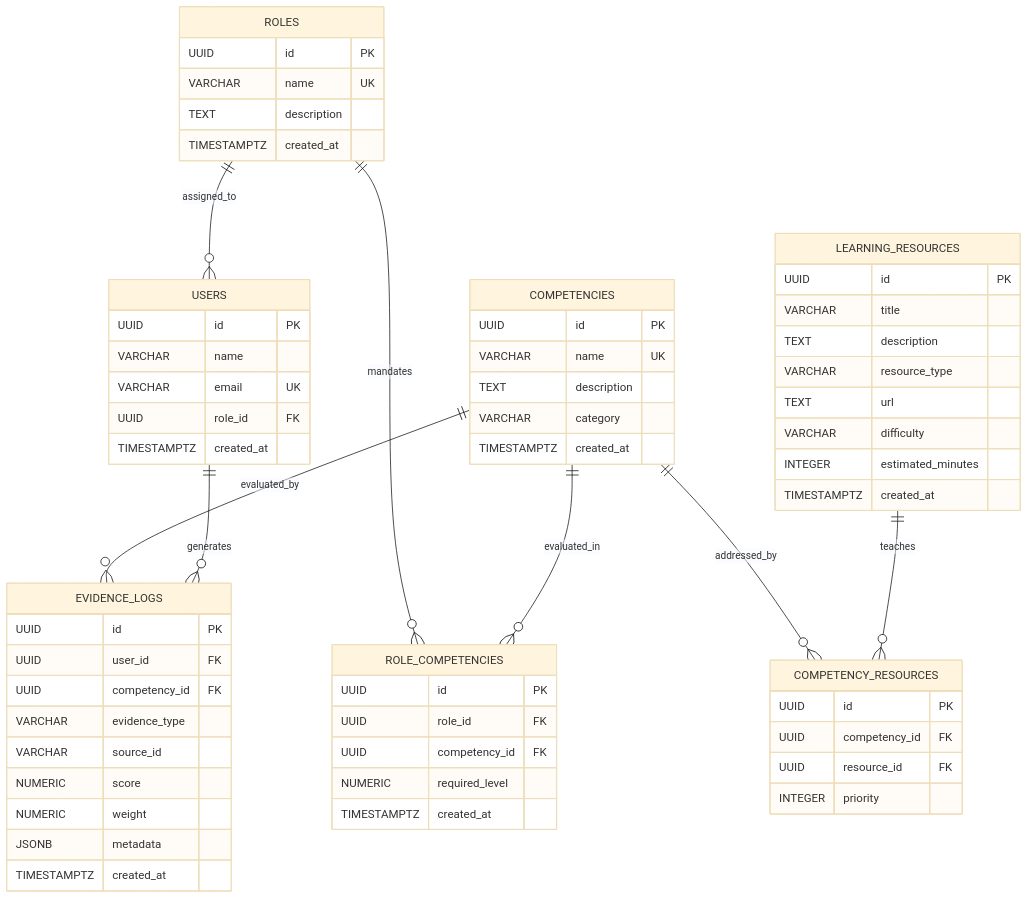
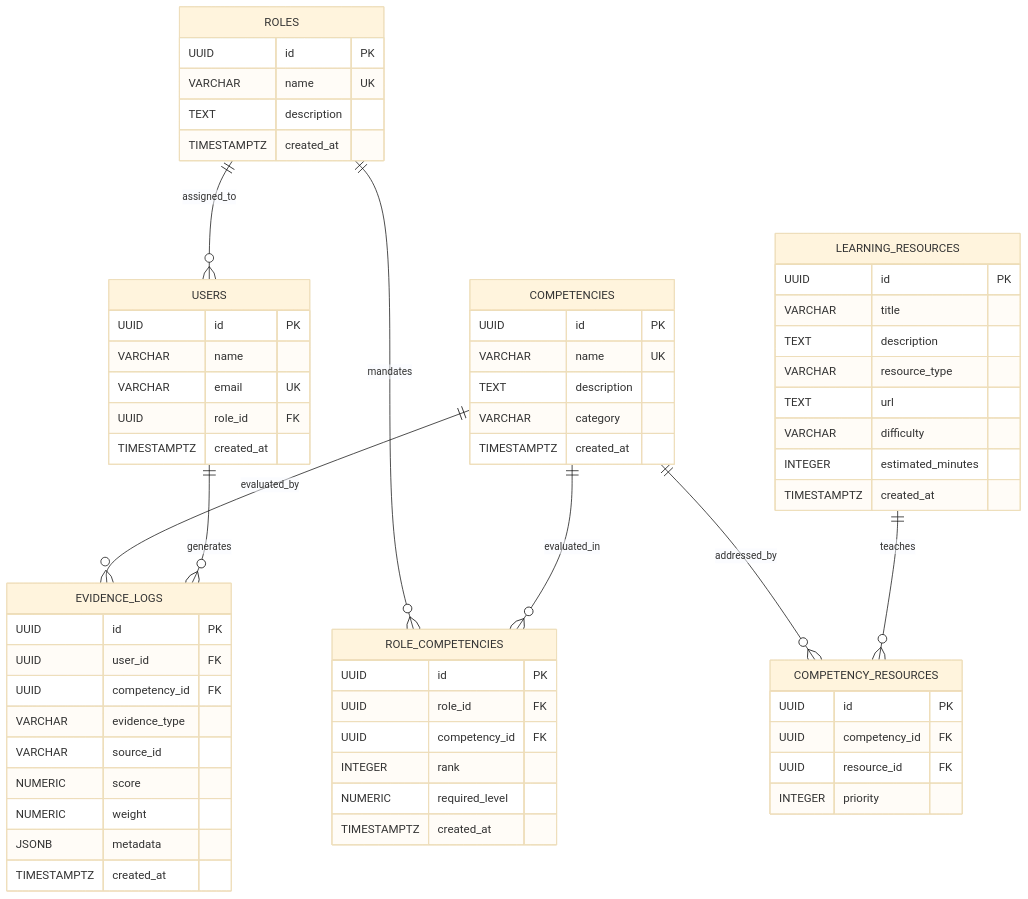
The diagram in docs/DATABASE_SCHEMA.md (aehns-n/Skill_Compass), drawn with Mermaid (base theme) before and after one commit. The commit also changed other lines of this file and 3 other files, not shown here.

````diff
--- a/docs/DATABASE_SCHEMA.md
+++ b/docs/DATABASE_SCHEMA.md
@@ -7,71 +7,72 @@
 ```mermaid
 erDiagram
     ROLES ||--o{ USERS : "assigned_to"
     ROLES ||--o{ ROLE_COMPETENCIES : "mandates"
     COMPETENCIES ||--o{ ROLE_COMPETENCIES : "evaluated_in"
     COMPETENCIES ||--o{ COMPETENCY_RESOURCES : "addressed_by"
     COMPETENCIES ||--o{ EVIDENCE_LOGS : "evaluated_by"
     LEARNING_RESOURCES ||--o{ COMPETENCY_RESOURCES : "teaches"
     USERS ||--o{ EVIDENCE_LOGS : "generates"
 
     ROLES {
         UUID id PK
         VARCHAR name UK
         TEXT description
         TIMESTAMPTZ created_at
     }
 
     USERS {
         UUID id PK
         VARCHAR name
         VARCHAR email UK
         UUID role_id FK
         TIMESTAMPTZ created_at
     }
 
     COMPETENCIES {
         UUID id PK
         VARCHAR name UK
         TEXT description
         VARCHAR category
         TIMESTAMPTZ created_at
     }
 
     ROLE_COMPETENCIES {
         UUID id PK
         UUID role_id FK
         UUID competency_id FK
+        INTEGER rank
         NUMERIC required_level
         TIMESTAMPTZ created_at
     }
 
     LEARNING_RESOURCES {
         UUID id PK
         VARCHAR title
         TEXT description
         VARCHAR resource_type
         TEXT url
         VARCHAR difficulty
         INTEGER estimated_minutes
         TIMESTAMPTZ created_at
     }
 
     COMPETENCY_RESOURCES {
         UUID id PK
         UUID competency_id FK
         UUID resource_id FK
         INTEGER priority
     }
 
     EVIDENCE_LOGS {
         UUID id PK
         UUID user_id FK
         UUID competency_id FK
         VARCHAR evidence_type
         VARCHAR source_id
         NUMERIC score
         NUMERIC weight
         JSONB metadata
         TIMESTAMPTZ created_at
     }
 ```
````
